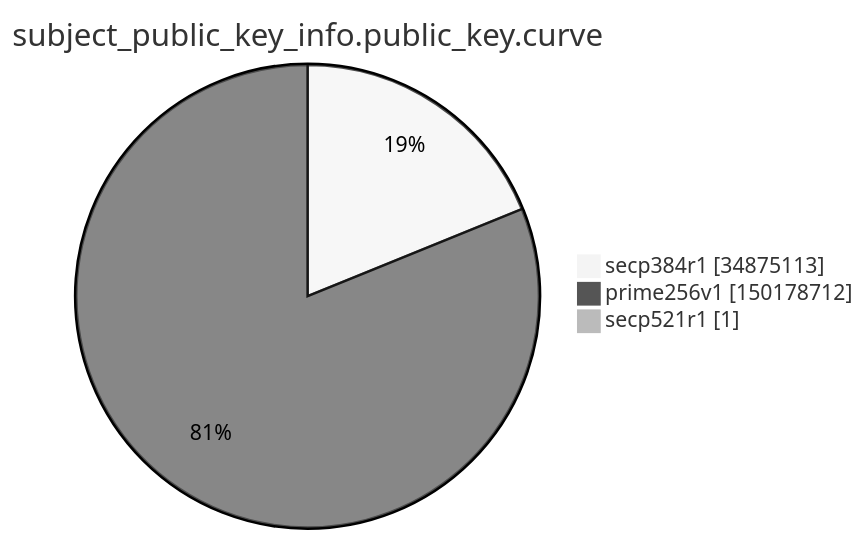
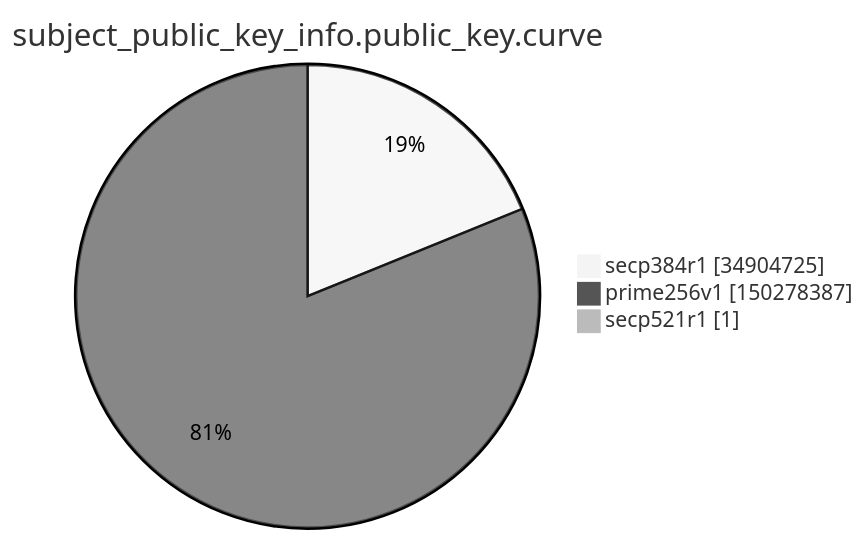
One commit to christiankrug/ctmonitor_visualization changed the ninth of 15 diagrams in argon2022/README.md. Above: the diagram before and after it, drawn with Mermaid (neutral theme). The commit also changed other lines of this file, not shown here.

````diff
--- a/argon2022/README.md
+++ b/argon2022/README.md
@@ -2765,7 +2765,7 @@
 ```mermaid
 pie showData
 title subject_public_key_info.public_key.curve
-"secp384r1" :34875113
-"prime256v1" :150178712
+"secp384r1" :34904725
+"prime256v1" :150278387
 "secp521r1" :1
 ```
````
